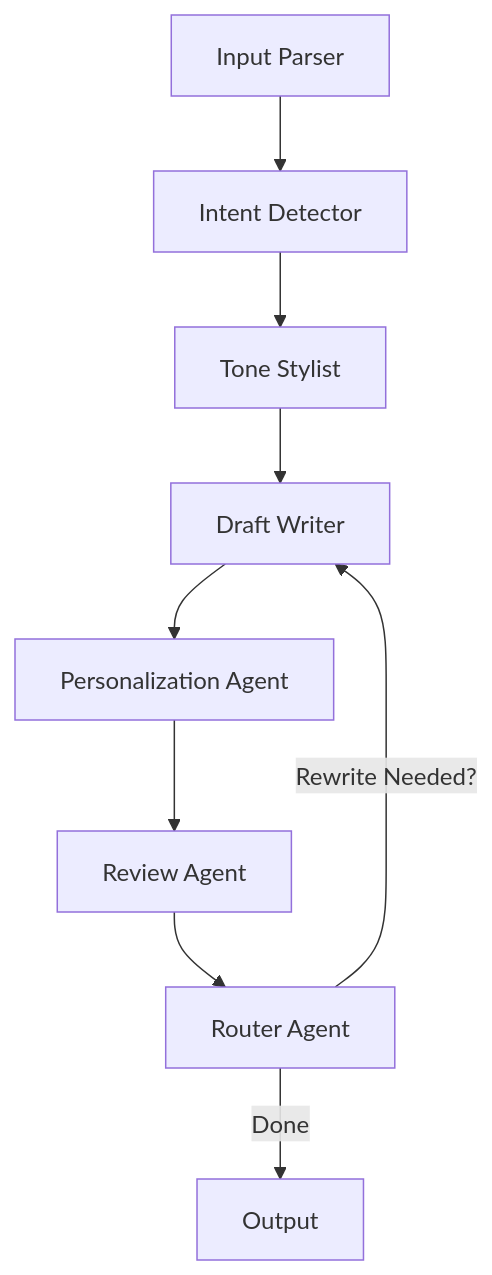
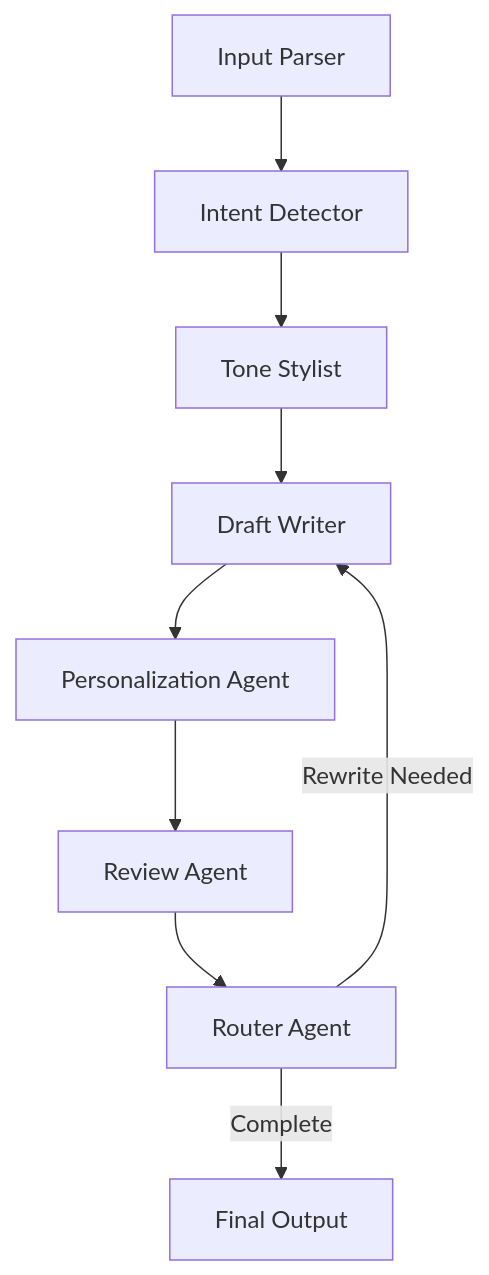
One commit to shankar08/emailGenerator changed the diagram in README.md. Above: the diagram before and after it, drawn with Mermaid. The commit also changed other lines of this file, not shown here.

````diff
--- a/README.md
+++ b/README.md
@@ -49,11 +63,11 @@
 ```mermaid
 graph TD
-	A[Input Parser] --> B[Intent Detector]
-	B --> C[Tone Stylist]
-	C --> D[Draft Writer]
-	D --> E[Personalization Agent]
-	E --> F[Review Agent]
-	F --> G[Router Agent]
-	G -- Rewrite Needed? --> D
-	G -- Done --> H[Output]
+    A[Input Parser] --> B[Intent Detector]
+    B --> C[Tone Stylist]
+    C --> D[Draft Writer]
+    D --> E[Personalization Agent]
+    E --> F[Review Agent]
+    F --> G[Router Agent]
+    G -- Rewrite Needed --> D
+    G -- Complete --> H[Final Output]
 ```
````
